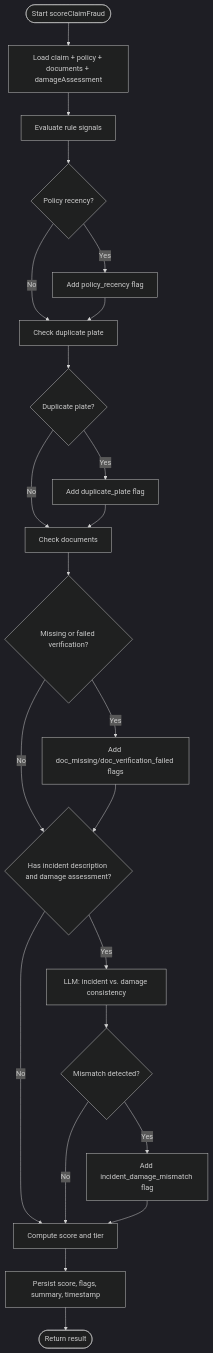
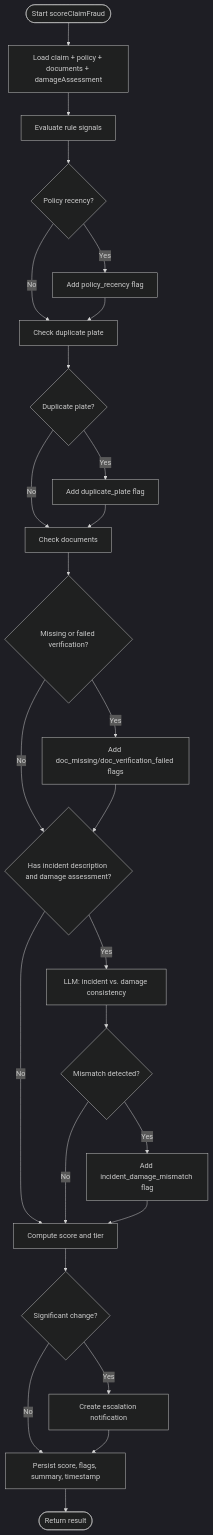
Before and after one commit to NaveenHiranya/Smart-Vehicle-Insurance-Claim-System: the third of 12 diagrams in .qoder/repowiki/en/content/Backend Documentation/Business Logic & Services/AI-Powered Fraud Scoring Engine.md, drawn with Mermaid (dark theme). The commit also changed other lines of this file and 46 other files, not shown here.

````diff
--- a/.qoder/repowiki/en/content/Backend Documentation/Business Logic & Services/AI-Powered Fraud Scoring Engine.md
+++ b/.qoder/repowiki/en/content/Backend Documentation/Business Logic & Services/AI-Powered Fraud Scoring Engine.md
@@ -144,25 +170,28 @@
 ```mermaid
 flowchart TD
 Start(["Start scoreClaimFraud"]) --> Load["Load claim + policy + documents + damageAssessment"]
 Load --> Rules["Evaluate rule signals"]
 Rules --> Recency{"Policy recency?"}
 Recency --> |Yes| AddRecency["Add policy_recency flag"]
 Recency --> |No| PlateCheck["Check duplicate plate"]
 AddRecency --> PlateCheck
 PlateCheck --> Dup{"Duplicate plate?"}
 Dup --> |Yes| AddDup["Add duplicate_plate flag"]
 Dup --> |No| Docs["Check documents"]
 AddDup --> Docs
 Docs --> DocIssues{"Missing or failed verification?"}
 DocIssues --> |Yes| AddDoc["Add doc_missing/doc_verification_failed flags"]
 DocIssues --> |No| LLMLoop{"Has incident description and damage assessment?"}
 AddDoc --> LLMLoop
 LLMLoop --> |Yes| LLMCall["LLM: incident vs. damage consistency"]
 LLMLoop --> |No| ScoreCalc["Compute score and tier"]
 LLMCall --> Mismatch{"Mismatch detected?"}
 Mismatch --> |Yes| AddMismatch["Add incident_damage_mismatch flag"]
 Mismatch --> |No| ScoreCalc
 AddMismatch --> ScoreCalc
-ScoreCalc --> Persist["Persist score, flags, summary, timestamp"]
+ScoreCalc --> TierCheck{"Significant change?"}
+TierCheck --> |Yes| Notify["Create escalation notification"]
+TierCheck --> |No| Persist["Persist score, flags, summary, timestamp"]
+Notify --> Persist
 Persist --> End(["Return result"])
 ```
````
